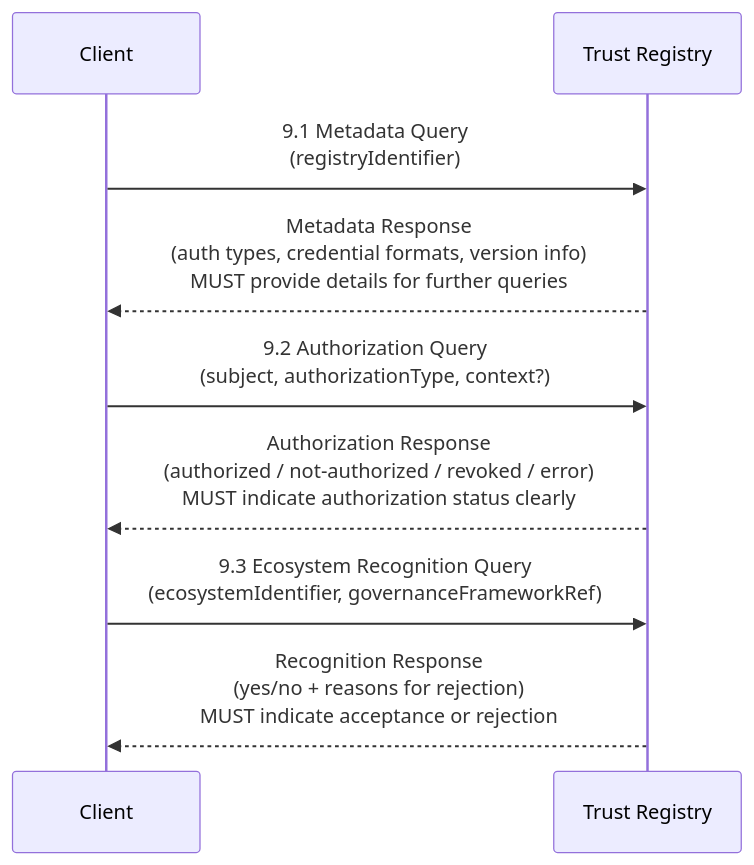
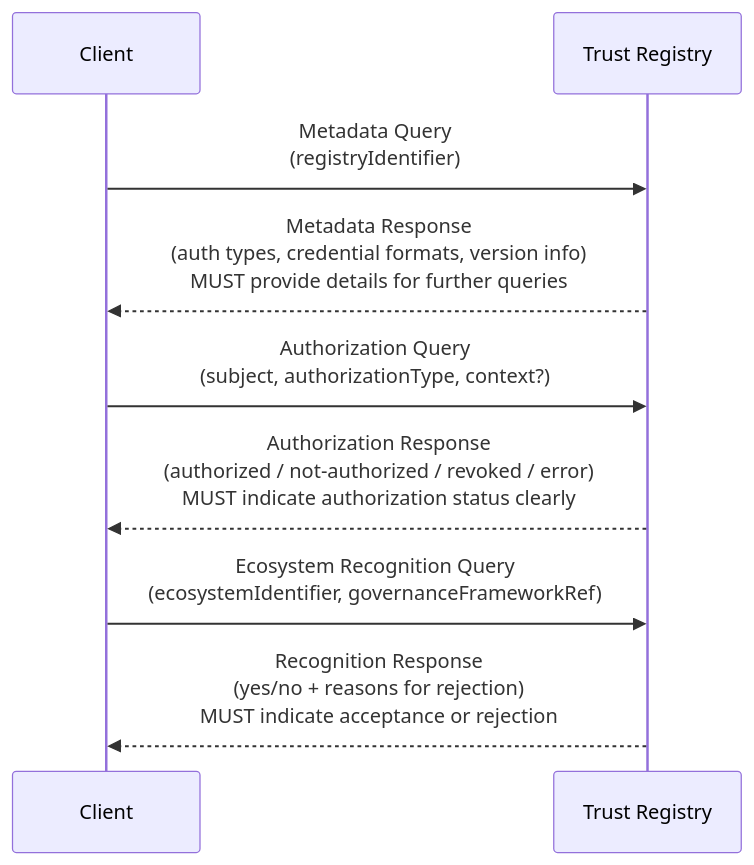
Before and after one commit to trustoverip/tswg-trust-registry-protocol: the diagram in specification/v1/core/spec.md, drawn with Mermaid. The commit also changed other lines of this file, not shown here.

````diff
--- a/specification/v1/core/spec.md
+++ b/specification/v1/core/spec.md
@@ -421,14 +249,14 @@
 ```mermaid
 sequenceDiagram
     participant C as Client
     participant R as Trust Registry
 
-    C->>R: 9.1 Metadata Query<br/>(registryIdentifier)
+    C->>R: Metadata Query<br/>(registryIdentifier)
     R-->>C: Metadata Response<br/>(auth types, credential formats, version info)<br/>MUST provide details for further queries
 
-    C->>R: 9.2 Authorization Query<br/>(subject, authorizationType, context?)
+    C->>R: Authorization Query<br/>(subject, authorizationType, context?)
     R-->>C: Authorization Response<br/>(authorized / not-authorized / revoked / error)<br/>MUST indicate authorization status clearly
 
-    C->>R: 9.3 Ecosystem Recognition Query<br/>(ecosystemIdentifier, governanceFrameworkRef)
+    C->>R: Ecosystem Recognition Query<br/>(ecosystemIdentifier, governanceFrameworkRef)
     R-->>C: Recognition Response<br/>(yes/no + reasons for rejection)<br/>MUST indicate acceptance or rejection
 ```
````
